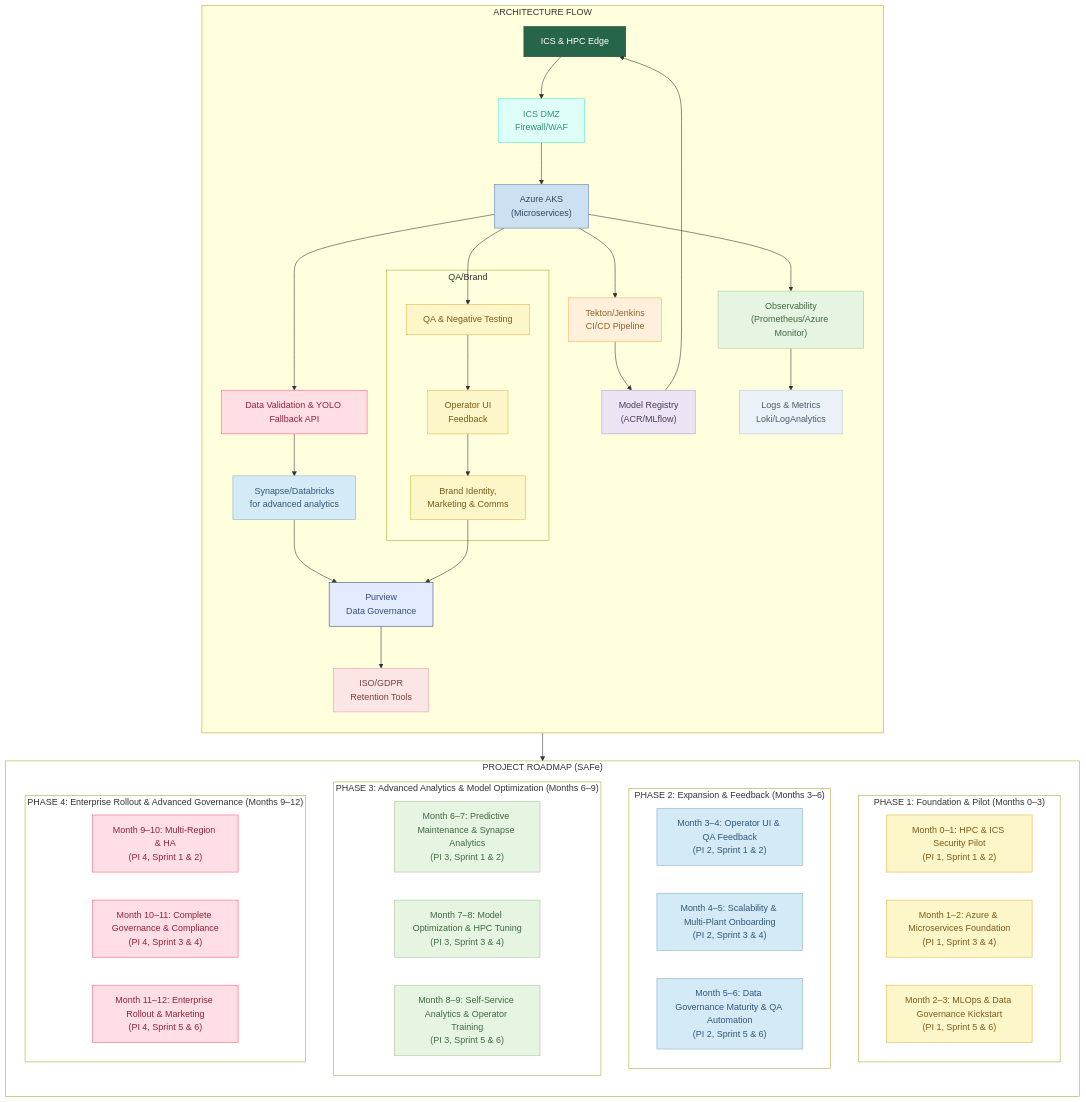
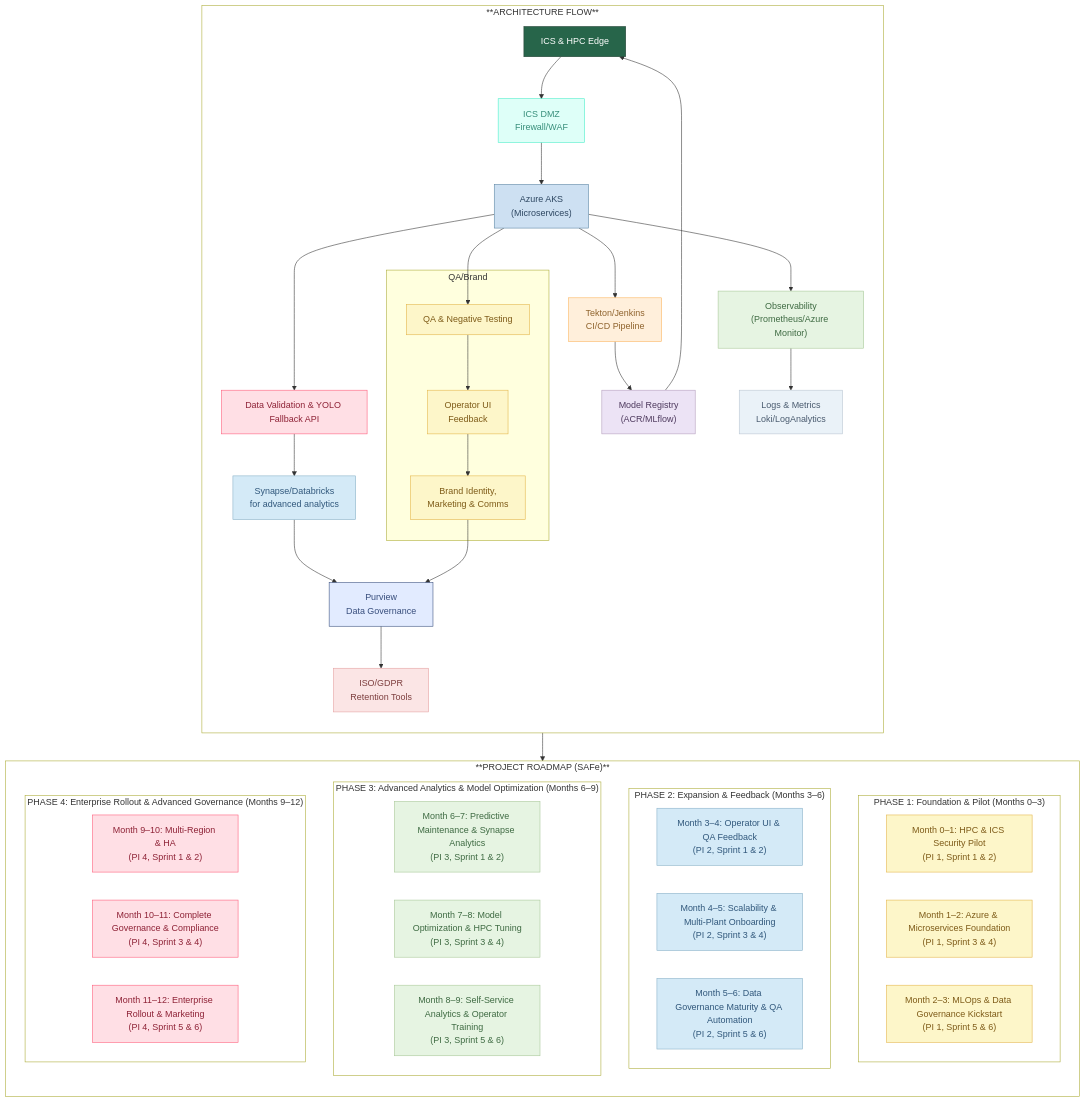
One commit to suprachakra/AlumiGuard-AI changed the first of 2 diagrams in README.md. Above: the diagram before and after it, drawn with Mermaid.

````diff
--- a/README.md
+++ b/README.md
@@ -40,7 +40,7 @@
         L["QA & Negative Testing"]
         N["Brand Identity,<br>Marketing &amp; Comms"]
   end
- subgraph ARCH["ARCHITECTURE FLOW"]
+ subgraph ARCH["**ARCHITECTURE FLOW**"]
     direction TB
         s1
         B["ICS DMZ<br>Firewall/WAF"]
@@ -75,7 +75,7 @@
         M1011_4["Month 10–11: Complete Governance &amp; Compliance<br>(PI 4, Sprint 3 &amp; 4)"]
         M1112_4["Month 11–12: Enterprise Rollout &amp; Marketing<br>(PI 4, Sprint 5 &amp; 6)"]
   end
- subgraph ROADMAP["PROJECT ROADMAP (SAFe)"]
+ subgraph ROADMAP["**PROJECT ROADMAP (SAFe)**"]
     direction TB
         Phase1
         Phase2
@@ -157,4 +157,5 @@
     style Phase3 fill:transparent
     style Phase4 fill:transparent
     style ROADMAP fill:transparent
+    style ARCH fill:transparent
 ```
````
